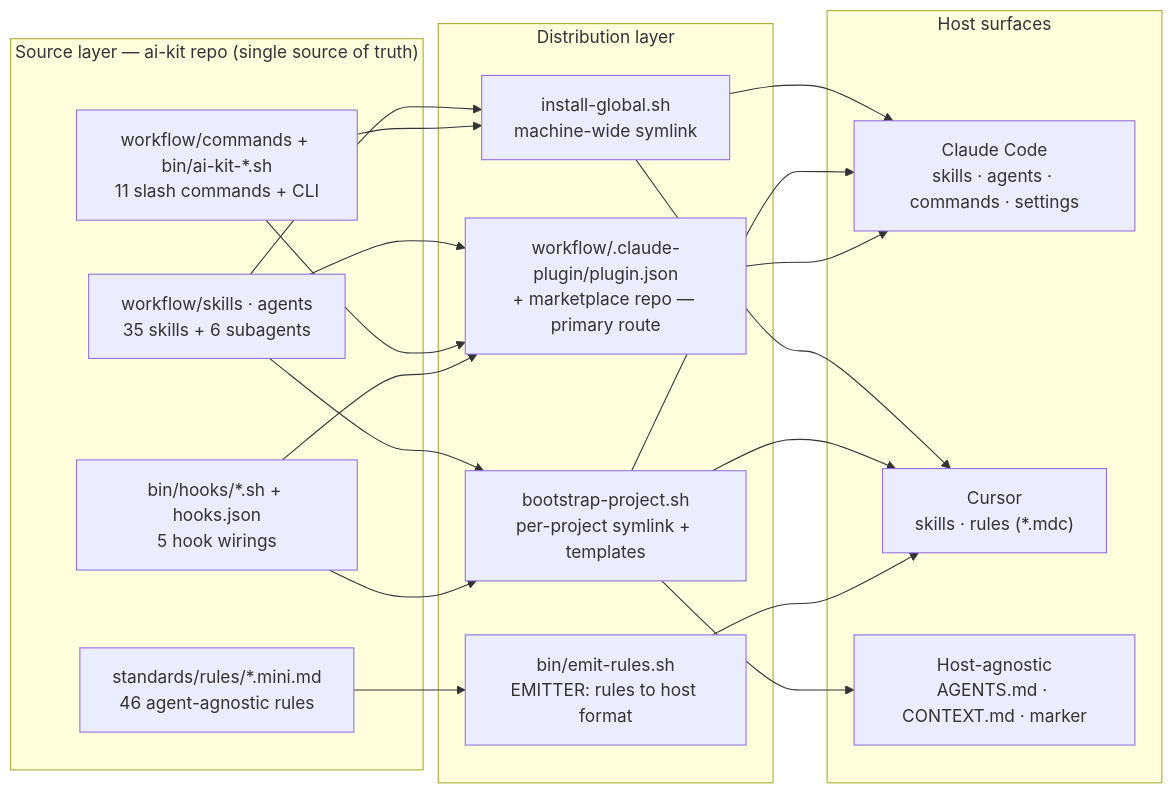
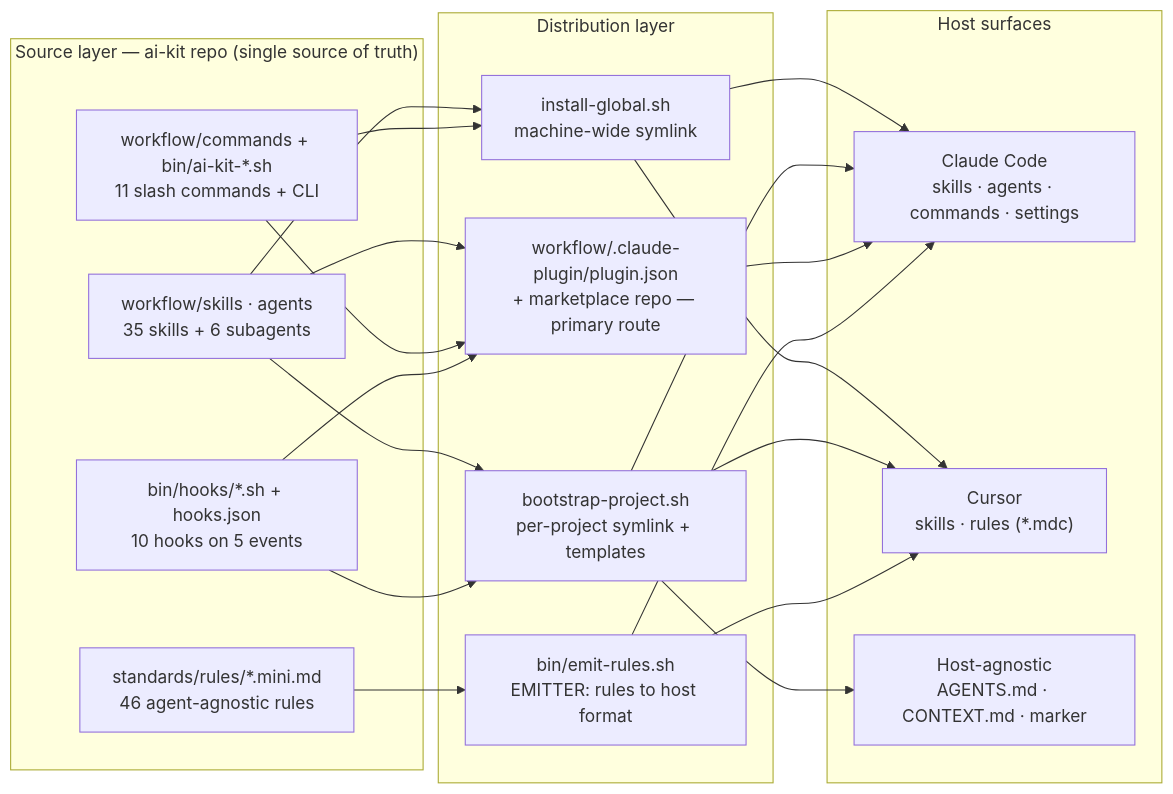
The first of 2 diagrams in docs/diagrams.md (yusufkaracaburun/ai-kit), drawn with Mermaid before and after one commit. The commit also changed other lines of this file and 18 other files, not shown here.

````diff
--- a/docs/diagrams.md
+++ b/docs/diagrams.md
@@ -10,32 +10,32 @@
 ```mermaid
 flowchart LR
   subgraph SRC["Source layer — ai-kit repo (single source of truth)"]
     SA["workflow/skills · agents<br/>35 skills + 6 subagents"]
     CB["workflow/commands + bin/ai-kit-*.sh<br/>11 slash commands + CLI"]
-    H["bin/hooks/*.sh + hooks.json<br/>5 hook wirings"]
+    H["bin/hooks/*.sh + hooks.json<br/>10 hooks on 5 events"]
     R["standards/rules/*.mini.md<br/>46 agent-agnostic rules"]
   end
 
   subgraph DIST["Distribution layer"]
     IG["install-global.sh<br/>machine-wide symlink"]
     PL["workflow/.claude-plugin/plugin.json<br/>+ marketplace repo — primary route"]
     BP["bootstrap-project.sh<br/>per-project symlink + templates"]
     ER["bin/emit-rules.sh<br/>EMITTER: rules to host format"]
   end
 
   subgraph HOSTS["Host surfaces"]
     CC["Claude Code<br/>skills · agents · commands · settings"]
     CU["Cursor<br/>skills · rules (*.mdc)"]
     HA["Host-agnostic<br/>AGENTS.md · CONTEXT.md · marker"]
   end
 
   SA --> IG & BP & PL
   CB --> IG & PL
   H --> PL & BP
   R --> ER
 
   IG --> CC & CU
   BP --> CC & CU & HA
   PL --> CC
-  ER --> CU
+  ER --> CU & CC
 ```
````
